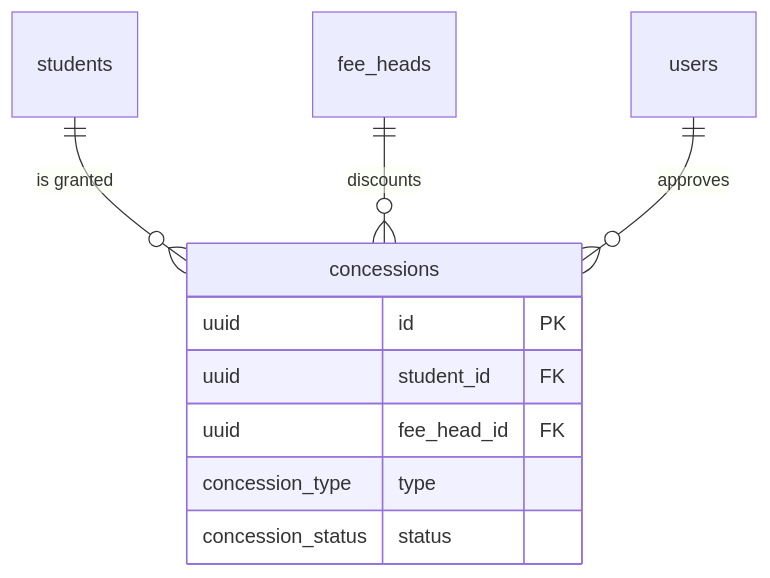
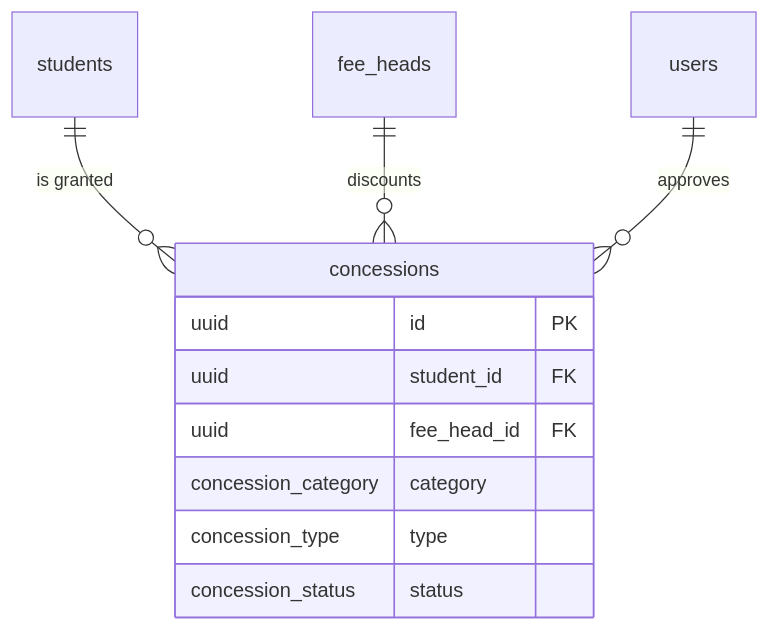
Before and after one commit to rahmat058/school-flow-ai: diagram 28 of 45 in docs/backend/Database.md, drawn with Mermaid. The commit also changed other lines of this file and 35 other files, not shown here.

````diff
--- a/docs/backend/Database.md
+++ b/docs/backend/Database.md
@@ -1134,13 +1157,14 @@
 ```mermaid
 erDiagram
   students ||--o{ concessions : "is granted"
   fee_heads ||--o{ concessions : "discounts"
   users ||--o{ concessions : "approves"
   concessions {
     uuid id PK
     uuid student_id FK
     uuid fee_head_id FK
+    concession_category category
     concession_type type
     concession_status status
   }
 ```
````
